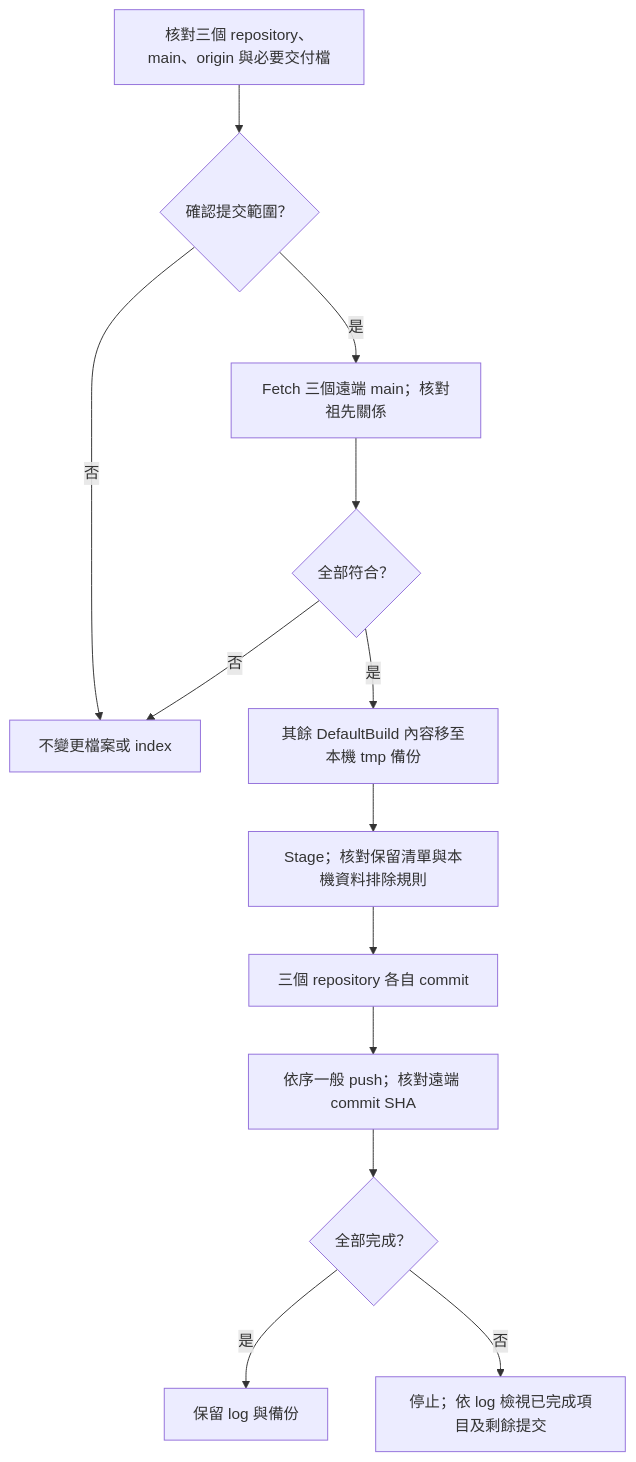
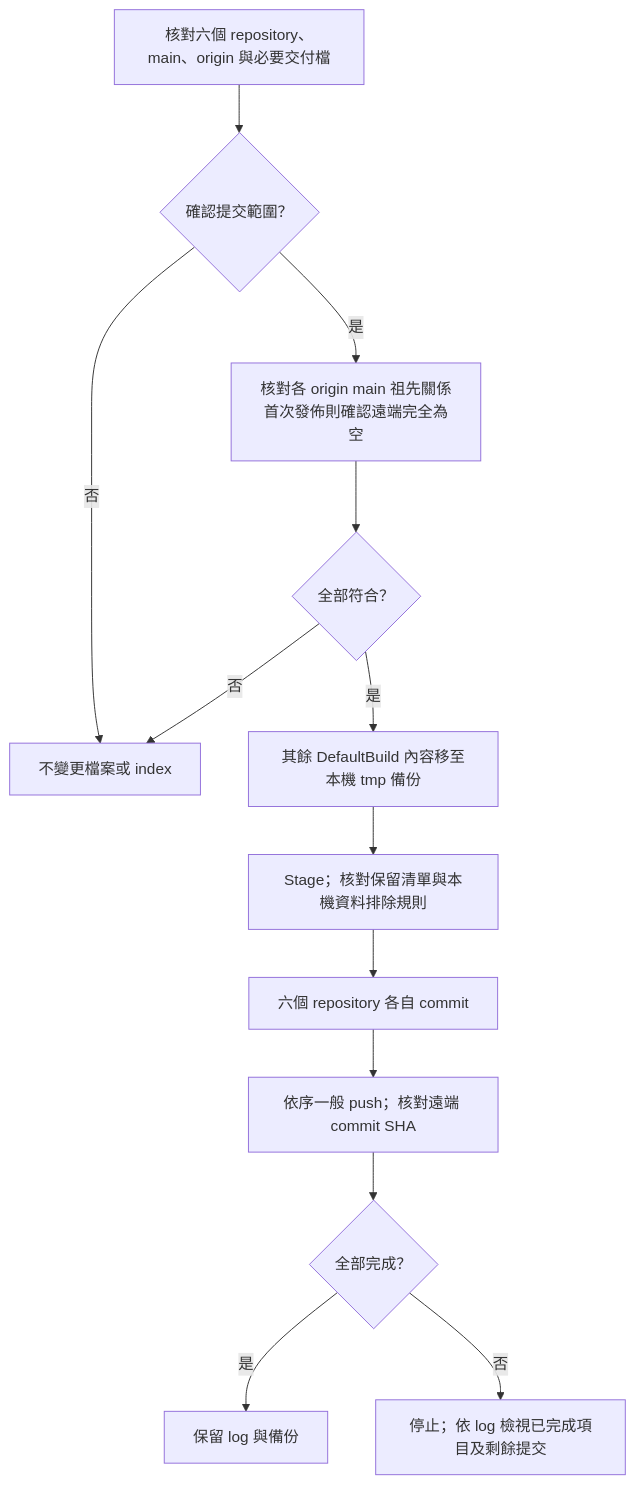
Before and after one commit to released/simple_renesas_isp_tool: the diagram in docs/GITHUB_PUBLISH_zh-TW.md, drawn with Mermaid. The commit also changed other lines of this file and 52 other files, not shown here.

````diff
--- a/docs/GITHUB_PUBLISH_zh-TW.md
+++ b/docs/GITHUB_PUBLISH_zh-TW.md
@@ -58,15 +71,15 @@
 ```mermaid
 flowchart TD
-    PLAN[核對三個 repository、main、origin 與必要交付檔] --> CONFIRM{確認提交範圍？}
+    PLAN[核對六個 repository、main、origin 與必要交付檔] --> CONFIRM{確認提交範圍？}
     CONFIRM -->|否| STOP[不變更檔案或 index]
-    CONFIRM -->|是| FETCH[Fetch 三個遠端 main；核對祖先關係]
+    CONFIRM -->|是| FETCH[核對各 origin main 祖先關係<br/>首次發佈則確認遠端完全為空]
     FETCH --> VALID{全部符合？}
     VALID -->|否| STOP
     VALID -->|是| BACKUP[其餘 DefaultBuild 內容移至本機 tmp 備份]
     BACKUP --> INDEX[Stage；核對保留清單與本機資料排除規則]
-    INDEX --> COMMIT[三個 repository 各自 commit]
+    INDEX --> COMMIT[六個 repository 各自 commit]
     COMMIT --> PUSH[依序一般 push；核對遠端 commit SHA]
     PUSH --> RESULT{全部完成？}
     RESULT -->|是| OK[保留 log 與備份]
     RESULT -->|否| REVIEW[停止；依 log 檢視已完成項目及剩餘提交]
 ```
````
